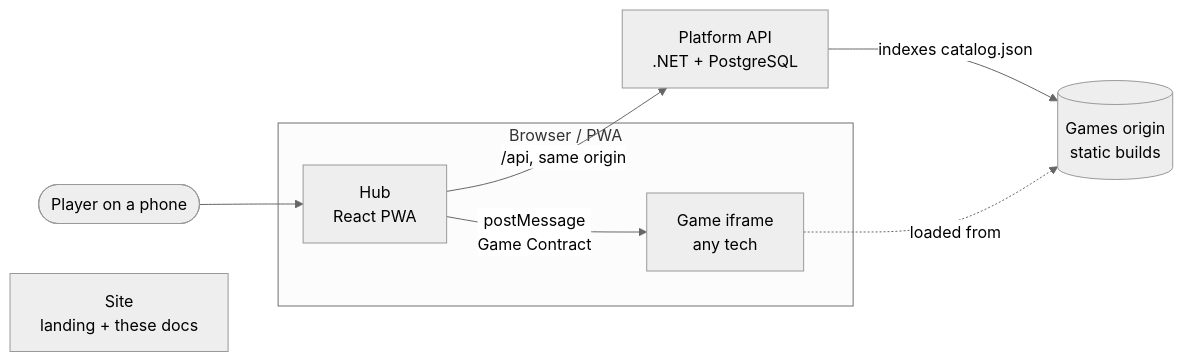
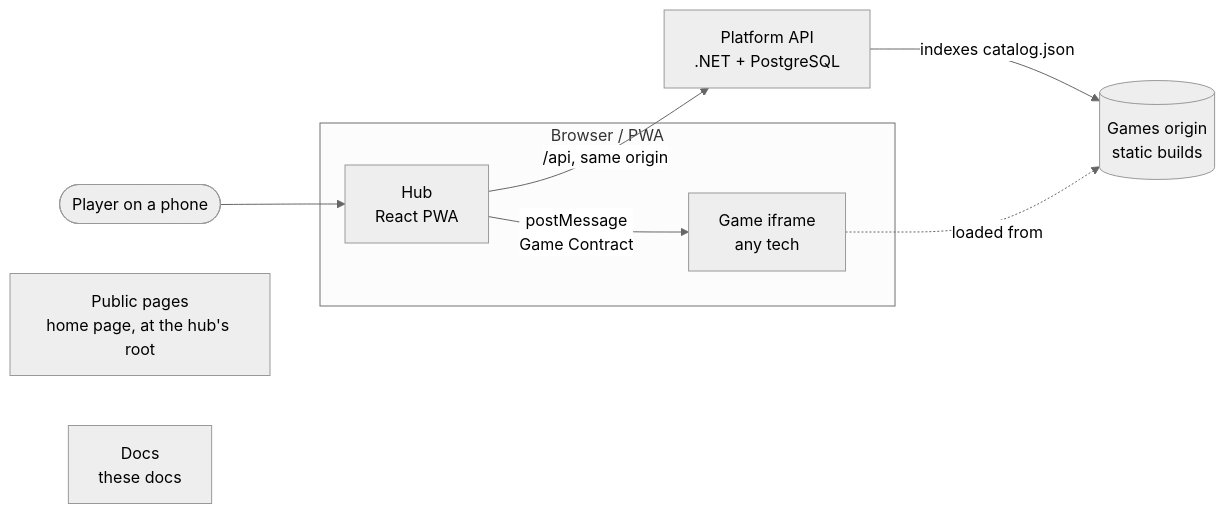
The diagram in docs/index.md (vinh466/tohe-play), drawn with Mermaid (neutral theme) before and after one commit. The commit also changed other lines of this file and 83 other files, not shown here.

First line of the commit message:
feat: public pages at the root, the docs at the root of their host (ADR 0042, third step)

````diff
--- a/docs/index.md
+++ b/docs/index.md
@@ -19,11 +19,12 @@
 ```mermaid
 flowchart LR
   player([Player on a phone]) --> hub
   subgraph browser [Browser / PWA]
     hub[Hub<br/>React PWA] -- postMessage<br/>Game Contract --> game[Game iframe<br/>any tech]
   end
   hub -- /api, same origin --> api[Platform API<br/>.NET + PostgreSQL]
   api -- indexes catalog.json --> games[(Games origin<br/>static builds)]
   game -. loaded from .-> games
-  site[Site<br/>landing + these docs]
+  web[Public pages<br/>home page, at the hub's root]
+  docs[Docs<br/>these docs]
 ```
````
